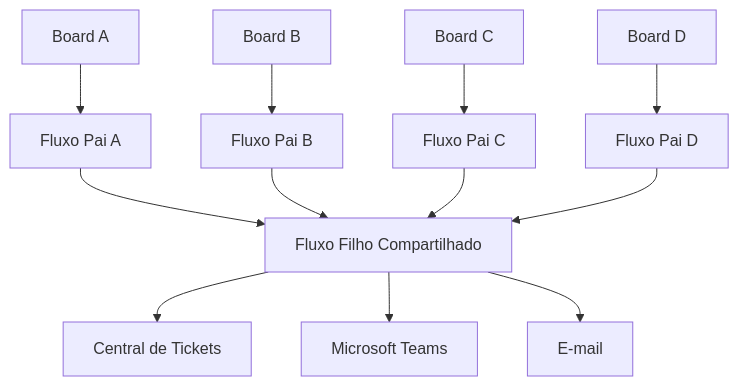
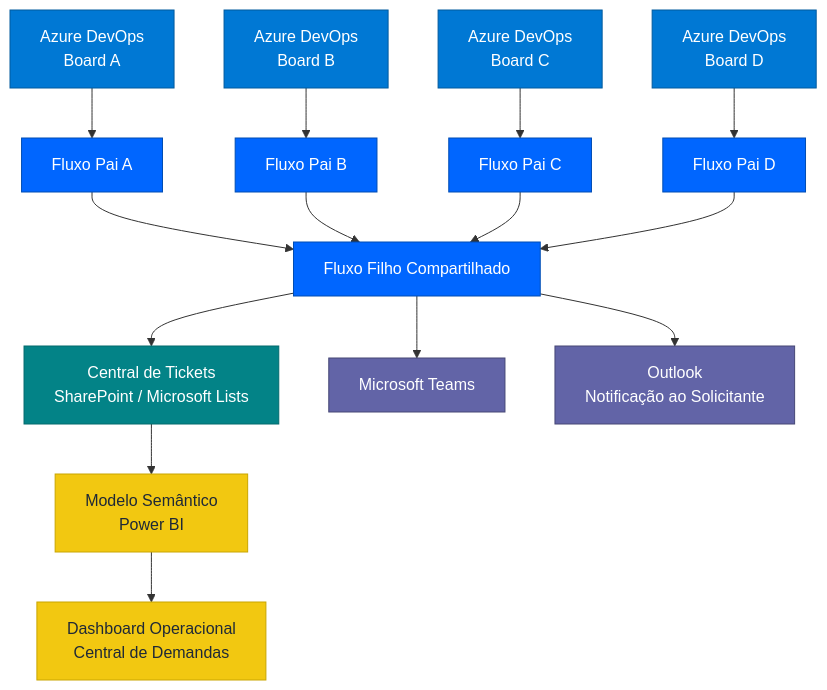
One commit to ti-gabriel/central-demandas-tecnologia changed the first of 2 diagrams in README.md. Above: the diagram before and after it, drawn with Mermaid. The commit also changed other lines of this file, not shown here.

First line of the commit message:
docs: atualiza arquitetura e adiciona camada de Power BI

````diff
--- a/README.md
+++ b/README.md
@@ -53,17 +49,43 @@
 ```mermaid
 flowchart TD
 
-    A[Board A] --> PA[Fluxo Pai A]
-    B[Board B] --> PB[Fluxo Pai B]
-    C[Board C] --> PC[Fluxo Pai C]
-    D[Board D] --> PD[Fluxo Pai D]
+    %% Boards monitorados
+    A[Azure DevOps<br/>Board A]
+    B[Azure DevOps<br/>Board B]
+    C[Azure DevOps<br/>Board C]
+    D[Azure DevOps<br/>Board D]
 
+    %% Fluxos específicos por board
+    A --> PA[Fluxo Pai A]
+    B --> PB[Fluxo Pai B]
+    C --> PC[Fluxo Pai C]
+    D --> PD[Fluxo Pai D]
+
+    %% Processamento compartilhado
     PA --> F[Fluxo Filho Compartilhado]
     PB --> F
     PC --> F
     PD --> F
 
-    F --> S[Central de Tickets]
+    %% Atualizações operacionais
+    F --> S[Central de Tickets<br/>SharePoint / Microsoft Lists]
     F --> T[Microsoft Teams]
-    F --> M[E-mail]
+    F --> M[Outlook<br/>Notificação ao Solicitante]
+
+    %% Camada de observabilidade
+    S --> BI[Modelo Semântico<br/>Power BI]
+    BI --> DB[Dashboard Operacional<br/>Central de Demandas]
+
+    %% Estilos
+    classDef devops fill:#0078D4,color:#fff,stroke:#005A9E
+    classDef automate fill:#0066FF,color:#fff,stroke:#004DB3
+    classDef data fill:#038387,color:#fff,stroke:#026A6D
+    classDef communication fill:#6264A7,color:#fff,stroke:#464775
+    classDef analytics fill:#F2C811,color:#1F2937,stroke:#C9A500
+
+    class A,B,C,D devops
+    class PA,PB,PC,PD,F automate
+    class S data
+    class T,M communication
+    class BI,DB analytics
 ```
````
